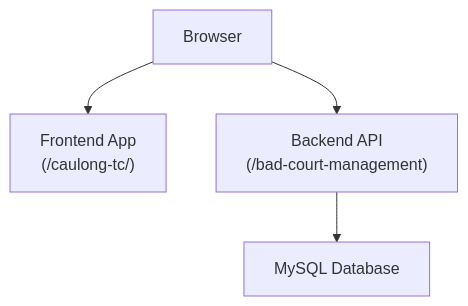
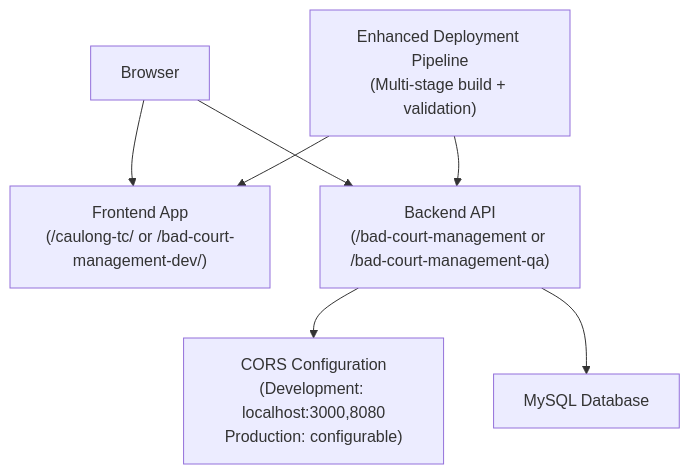
Before and after one commit to Vissel/badminton-court-management: the second of 10 diagrams in .qoder/repowiki/en/content/Deployment & Operations.md, drawn with Mermaid. The commit also changed other lines of this file and 36 other files, not shown here.

````diff
--- a/.qoder/repowiki/en/content/Deployment & Operations.md
+++ b/.qoder/repowiki/en/content/Deployment & Operations.md
@@ -119,10 +137,15 @@
 ```mermaid
 graph TB
 Browser["Browser"]
-FE["Frontend App<br/>(/caulong-tc/)"]
-API["Backend API<br/>(/bad-court-management)"]
+FE["Frontend App<br/>(/caulong-tc/ or /bad-court-management-dev/)"]
+API["Backend API<br/>(/bad-court-management or /bad-court-management-qa)"]
 DB["MySQL Database"]
+CORS["CORS Configuration<br/>(Development: localhost:3000,8080<br/>Production: configurable)"]
+DEPLOYMENT["Enhanced Deployment Pipeline<br/>(Multi-stage build + validation)"]
 Browser --> FE
 Browser --> API
+API --> CORS
 API --> DB
+DEPLOYMENT --> FE
+DEPLOYMENT --> API
 ```
````
